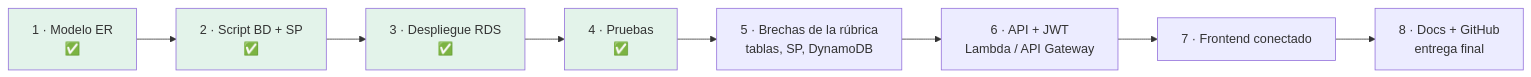
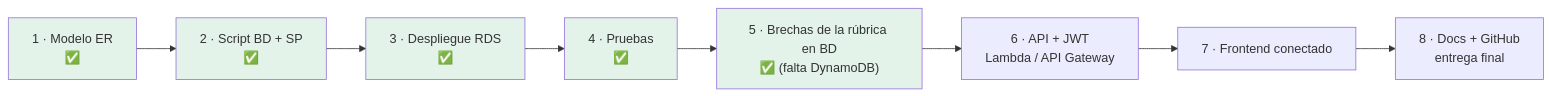
One commit to DanielRosalesAlanis/SistemaDeFacturacion changed the seventh of 7 diagrams in docs/REPORTE_AVANCE.md. Above: the diagram before and after it, drawn with Mermaid. The commit also changed other lines of this file, not shown here.

````diff
--- a/docs/REPORTE_AVANCE.md
+++ b/docs/REPORTE_AVANCE.md
@@ -444,8 +590,9 @@
 ```mermaid
 flowchart LR
-    A["1 · Modelo ER<br/>✅"] --> B["2 · Script BD + SP<br/>✅"] --> C["3 · Despliegue RDS<br/>✅"] --> D["4 · Pruebas<br/>✅"] --> E["5 · Brechas de la rúbrica<br/>tablas, SP, DynamoDB"] --> F["6 · API + JWT<br/>Lambda / API Gateway"] --> G["7 · Frontend conectado"] --> H["8 · Docs + GitHub<br/>entrega final"]
+    A["1 · Modelo ER<br/>✅"] --> B["2 · Script BD + SP<br/>✅"] --> C["3 · Despliegue RDS<br/>✅"] --> D["4 · Pruebas<br/>✅"] --> E["5 · Brechas de la rúbrica en BD<br/>✅ (falta DynamoDB)"] --> F["6 · API + JWT<br/>Lambda / API Gateway"] --> G["7 · Frontend conectado"] --> H["8 · Docs + GitHub<br/>entrega final"]
     style A fill:#e3f3ea
     style B fill:#e3f3ea
     style C fill:#e3f3ea
     style D fill:#e3f3ea
+    style E fill:#e3f3ea
 ```
````
